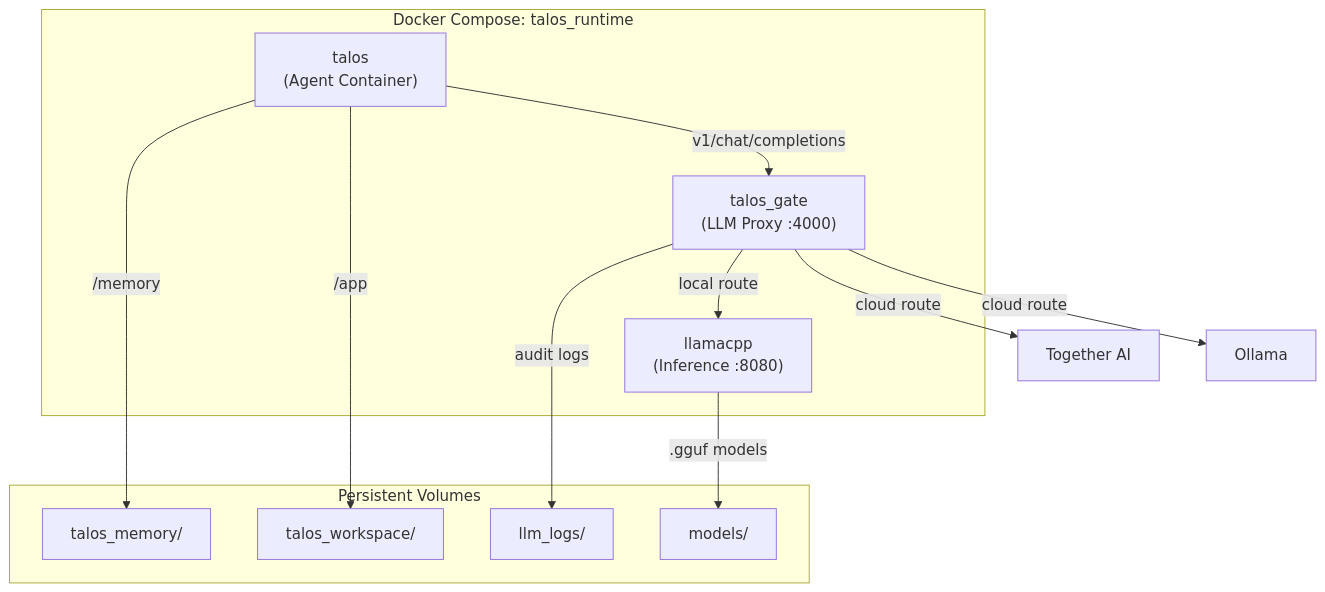
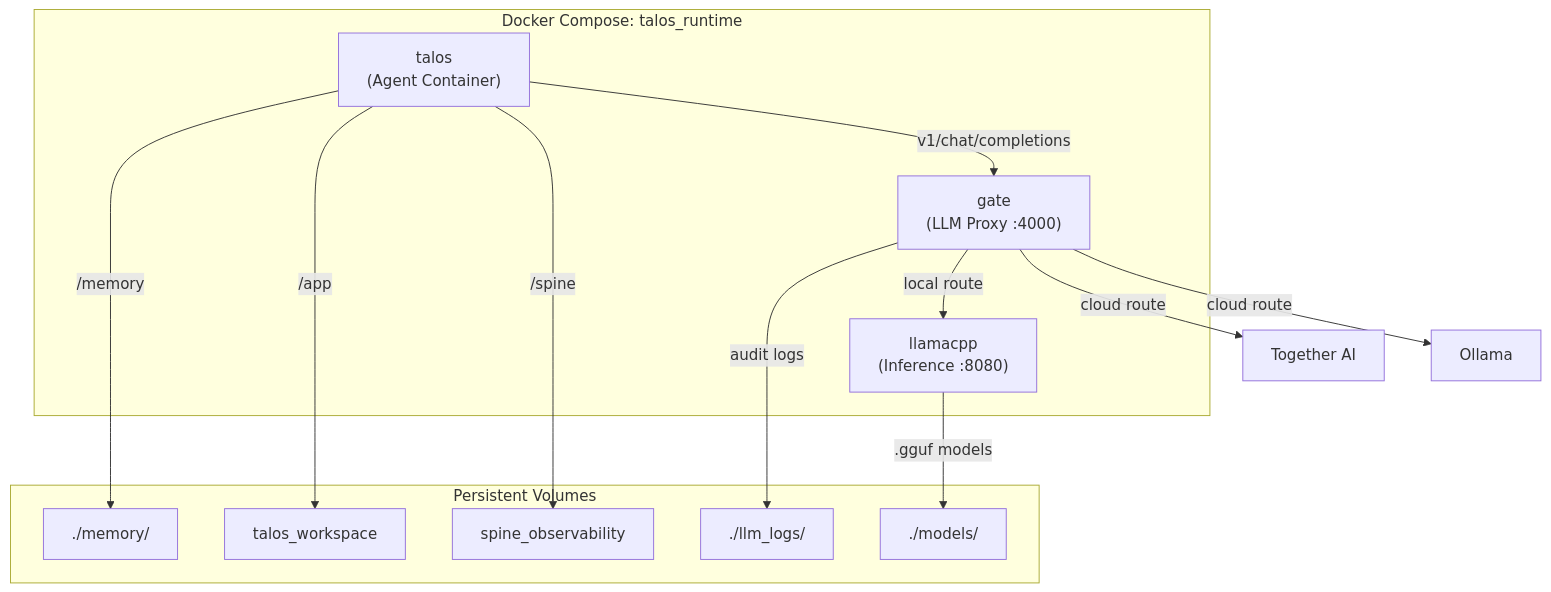
The fourth of 4 diagrams in docs/docs/ARCHITECTURE.md (Redna/talos_runtime), drawn with Mermaid before and after one commit. The commit also changed other lines of this file and 4 other files, not shown here.

````diff
--- a/docs/docs/ARCHITECTURE.md
+++ b/docs/docs/ARCHITECTURE.md
@@ -275,23 +285,25 @@
 ```mermaid
 graph TB
     subgraph "Docker Compose: talos_runtime"
         TALOS["talos<br/>(Agent Container)"]
-        GATE["talos_gate<br/>(LLM Proxy :4000)"]
+        GATE["gate<br/>(LLM Proxy :4000)"]
         LLAMACPP["llamacpp<br/>(Inference :8080)"]
     end
     subgraph "Persistent Volumes"
-        MEM["talos_memory/"]
-        WS["talos_workspace/"]
-        LOGS["llm_logs/"]
-        MODELS["models/"]
+        MEM["./memory/"]
+        WS["talos_workspace"]
+        SPINE_OBS["spine_observability"]
+        LOGS["./llm_logs/"]
+        MODELS["./models/"]
     end
 
     TALOS -->|"v1/chat/completions"| GATE
     TALOS -->|"/memory"| MEM
     TALOS -->|"/app"| WS
+    TALOS -->|"/spine"| SPINE_OBS
     GATE -->|"local route"| LLAMACPP
     GATE -->|"cloud route"| TOGETHER["Together AI"]
     GATE -->|"cloud route"| OLLAMA["Ollama"]
     GATE -->|"audit logs"| LOGS
     LLAMACPP -->|".gguf models"| MODELS
 ```
````
